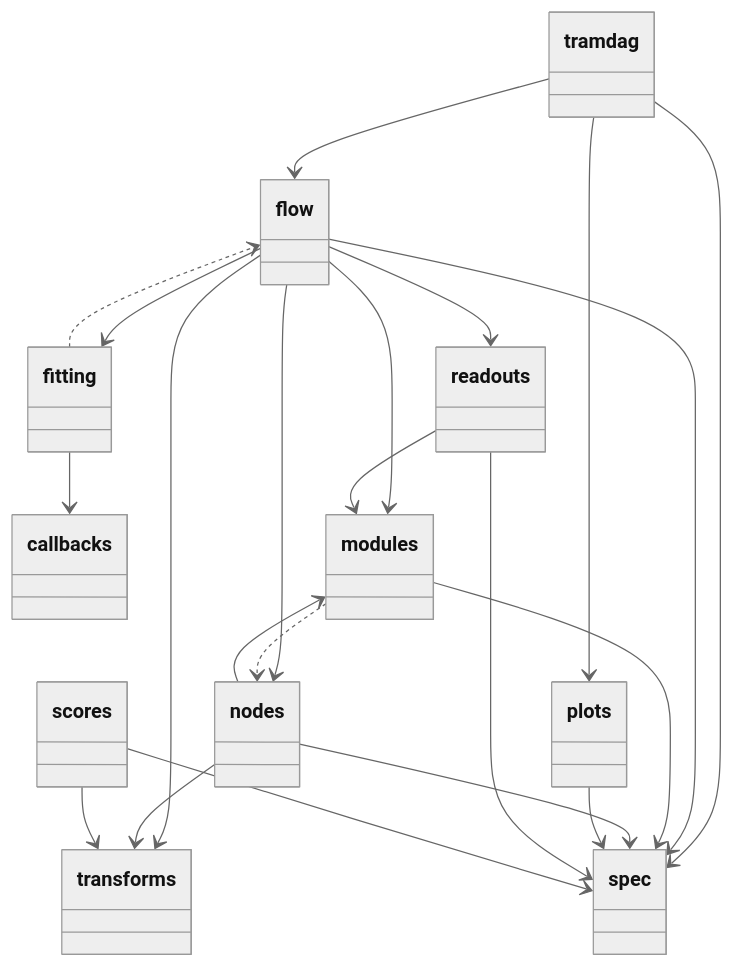
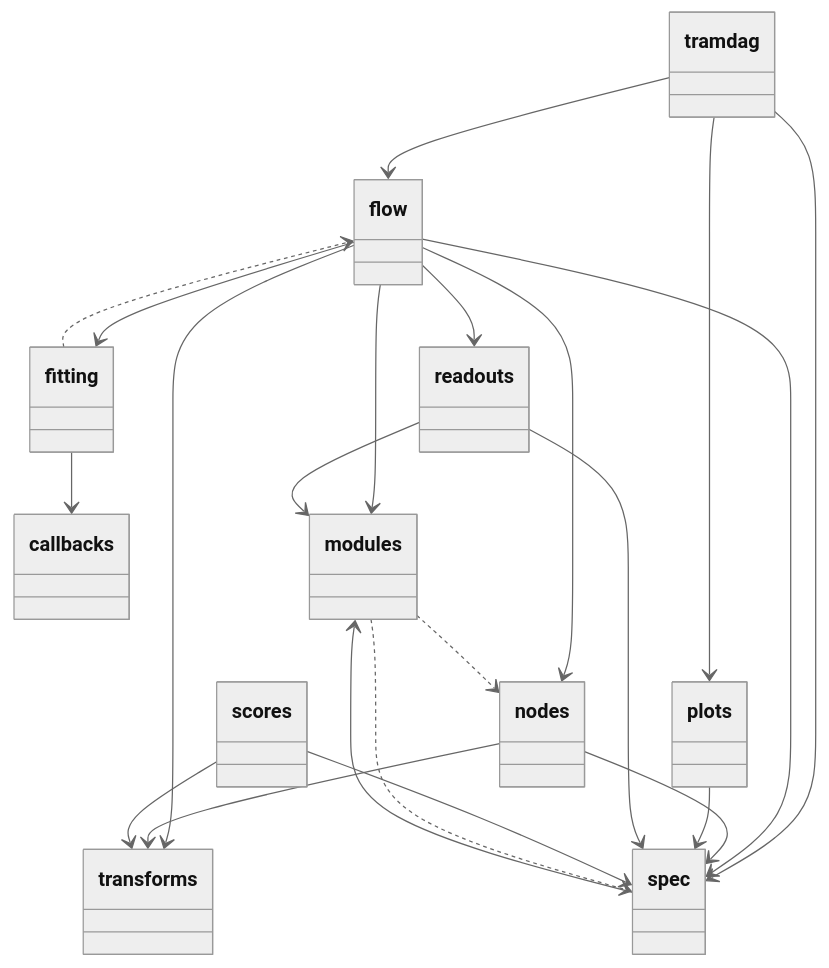
Before and after one commit to tensorchiefs/tramdag: the third of 6 diagrams in docs/architecture.md, drawn with Mermaid (neutral theme). The commit also changed other lines of this file and 7 other files, not shown here.

First line of the commit message:
refactor!: every term sets its name; a term holds its module class; spec imports modules

````diff
--- a/docs/architecture.md
+++ b/docs/architecture.md
@@ -154,46 +154,46 @@
 ```mermaid
 classDiagram
   class tramdag {
   }
   class callbacks {
   }
   class fitting {
   }
   class flow {
   }
   class modules {
   }
   class nodes {
   }
   class plots {
   }
   class readouts {
   }
   class scores {
   }
   class spec {
   }
   class transforms {
   }
   tramdag --> flow
   tramdag --> plots
   tramdag --> spec
   fitting --> callbacks
   flow --> fitting
   flow --> modules
   flow --> nodes
   flow --> readouts
   flow --> spec
   flow --> transforms
-  modules --> spec
-  nodes --> modules
   nodes --> spec
   nodes --> transforms
   plots --> spec
   readouts --> modules
   readouts --> spec
   scores --> spec
   scores --> transforms
+  spec --> modules
   fitting ..> flow
   modules ..> nodes
+  modules ..> spec
 ```
````
